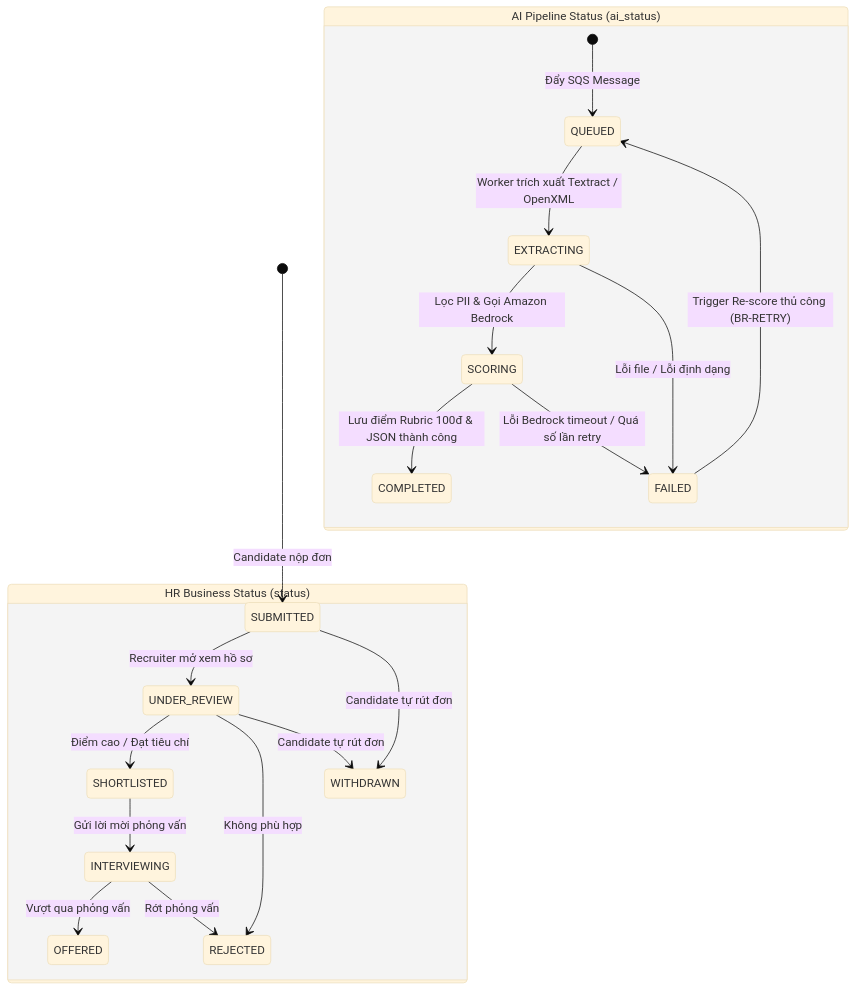
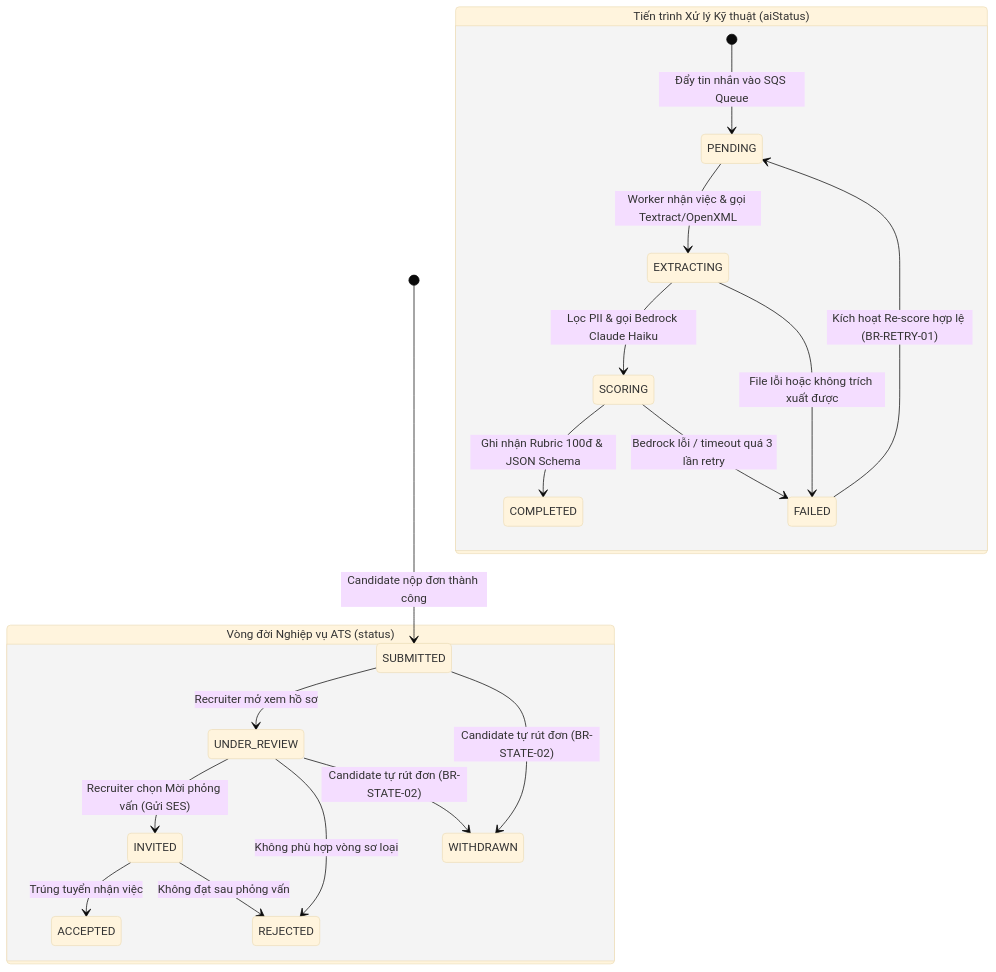
The second of 3 diagrams in docs/software/03-database-design.md (NguyenThanhTin235/aws-ai-cv-screening), drawn with Mermaid (base theme) before and after one commit. The commit also changed other lines of this file and 2 other files, not shown here.

Commit message:
docs(database): align schema with review findings - sync enums, active lock lifecycle, multi-reviewer, DSR lineage, and 32 APs

````diff
--- a/docs/software/03-database-design.md
+++ b/docs/software/03-database-design.md
@@ -473,27 +93,26 @@
 ```mermaid
 stateDiagram-v2
-    [*] --> SUBMITTED : Candidate nộp đơn
+    [*] --> SUBMITTED : Candidate nộp đơn thành công
     
-    state "HR Business Status (status)" as HRState {
+    state "Vòng đời Nghiệp vụ ATS (status)" as BusinessLifecycle {
         SUBMITTED --> UNDER_REVIEW : Recruiter mở xem hồ sơ
-        UNDER_REVIEW --> SHORTLISTED : Điểm cao / Đạt tiêu chí
-        UNDER_REVIEW --> REJECTED : Không phù hợp
-        SHORTLISTED --> INTERVIEWING : Gửi lời mời phỏng vấn
-        INTERVIEWING --> OFFERED : Vượt qua phỏng vấn
-        INTERVIEWING --> REJECTED : Rớt phỏng vấn
+        UNDER_REVIEW --> INVITED : Recruiter chọn Mời phỏng vấn (Gửi SES)
+        UNDER_REVIEW --> REJECTED : Không phù hợp vòng sơ loại
+        INVITED --> ACCEPTED : Trúng tuyển nhận việc
+        INVITED --> REJECTED : Không đạt sau phỏng vấn
         
-        SUBMITTED --> WITHDRAWN : Candidate tự rút đơn
-        UNDER_REVIEW --> WITHDRAWN : Candidate tự rút đơn
+        SUBMITTED --> WITHDRAWN : Candidate tự rút đơn (BR-STATE-02)
+        UNDER_REVIEW --> WITHDRAWN : Candidate tự rút đơn (BR-STATE-02)
     }
-    
-    state "AI Pipeline Status (ai_status)" as AIState {
-        [*] --> QUEUED : Đẩy SQS Message
-        QUEUED --> EXTRACTING : Worker trích xuất Textract / OpenXML
-        EXTRACTING --> SCORING : Lọc PII & Gọi Amazon Bedrock
-        SCORING --> COMPLETED : Lưu điểm Rubric 100đ & JSON thành công
+
+    state "Tiến trình Xử lý Kỹ thuật (aiStatus)" as AIPipelineLifecycle {
+        [*] --> PENDING : Đẩy tin nhắn vào SQS Queue
+        PENDING --> EXTRACTING : Worker nhận việc & gọi Textract/OpenXML
+        EXTRACTING --> SCORING : Lọc PII & gọi Bedrock Claude Haiku
+        SCORING --> COMPLETED : Ghi nhận Rubric 100đ & JSON Schema
         
-        EXTRACTING --> FAILED : Lỗi file / Lỗi định dạng
-        SCORING --> FAILED : Lỗi Bedrock timeout / Quá số lần retry
-        FAILED --> QUEUED : Trigger Re-score thủ công (BR-RETRY)
+        EXTRACTING --> FAILED : File lỗi hoặc không trích xuất được
+        SCORING --> FAILED : Bedrock lỗi / timeout quá 3 lần retry
+        FAILED --> PENDING : Kích hoạt Re-score hợp lệ (BR-RETRY-01)
     }
 ```
````
